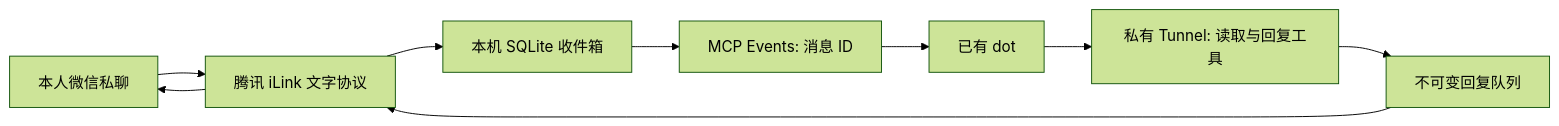
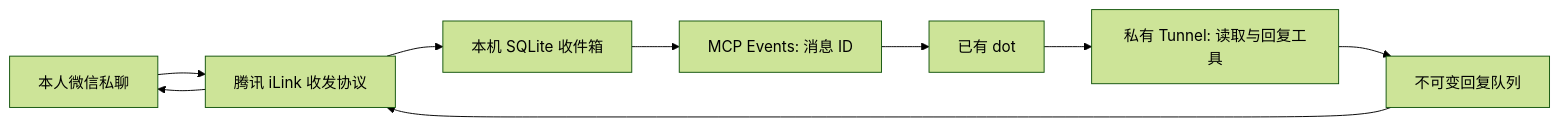
One commit to cd233ljx/wechat-dot-bridge changed the diagram in README.md. Above: the diagram before and after it, drawn with Mermaid (forest theme). The commit also changed other lines of this file and 22 other files, not shown here.

````diff
--- a/README.md
+++ b/README.md
@@ -9,11 +9,11 @@
 ```mermaid
 flowchart LR
-    WX[本人微信私聊] --> I[腾讯 iLink 文字协议]
+    WX[本人微信私聊] --> I[腾讯 iLink 收发协议]
     I --> Q[本机 SQLite 收件箱]
     Q --> E[MCP Events: 消息 ID]
     E --> D[已有 dot]
     D --> T[私有 Tunnel: 读取与回复工具]
     T --> O[不可变回复队列]
     O --> I
     I --> WX
 ```
````
